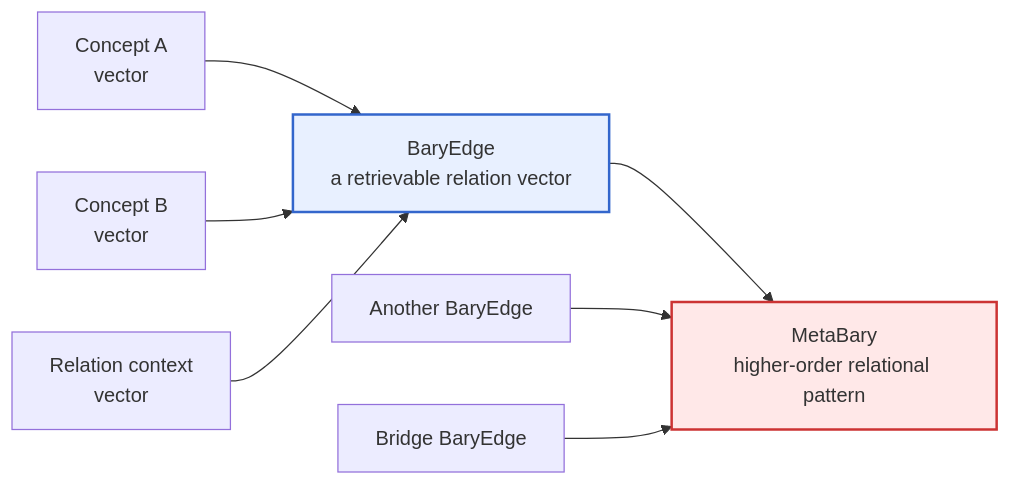
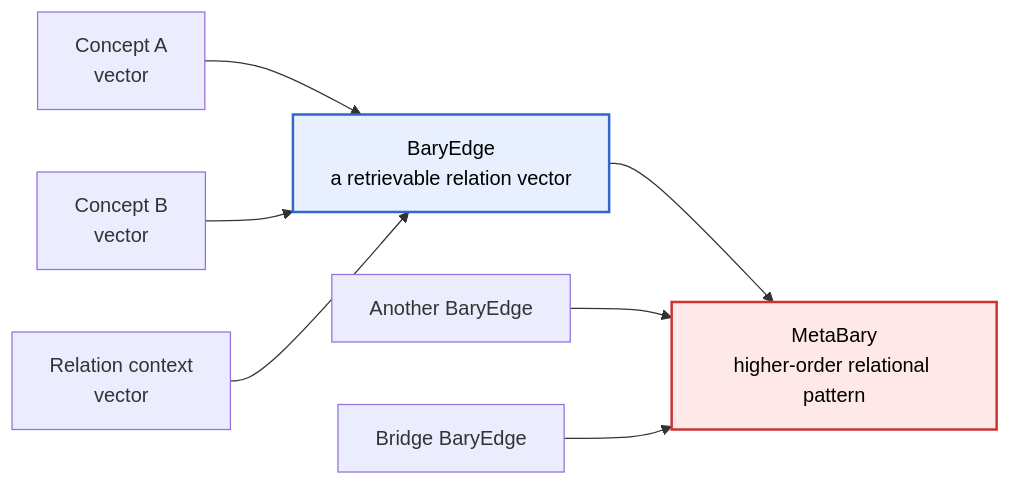
One commit to oleksiy-perepelytsya/bary-graph changed the first of 2 diagrams in README.md. Above: the diagram before and after it, drawn with Mermaid. The commit also changed other lines of this file, not shown here.

Commit message:
Update styles in README for clarity

````diff
--- a/README.md
+++ b/README.md
@@ -31,12 +31,12 @@
 ```mermaid
 flowchart LR
     A[Concept A<br/>vector] --> R[BaryEdge<br/>a retrievable relation vector]
     B[Concept B<br/>vector] --> R
     C[Relation context<br/>vector] --> R
     R --> M[MetaBary<br/>higher-order relational pattern]
     S[Another BaryEdge] --> M
     T[Bridge BaryEdge] --> M
 
-    style R fill:#e8f0ff,stroke:#3366cc,stroke-width:2px
-    style M fill:#ffe8e8,stroke:#cc3333,stroke-width:2px, nodeTextColor:#000000
+    style R fill:#e8f0ff,stroke:#3366cc,stroke-width:2px,color:#000000
+    style M fill:#ffe8e8,stroke:#cc3333,stroke-width:2px,color:#000000
 ```
````
